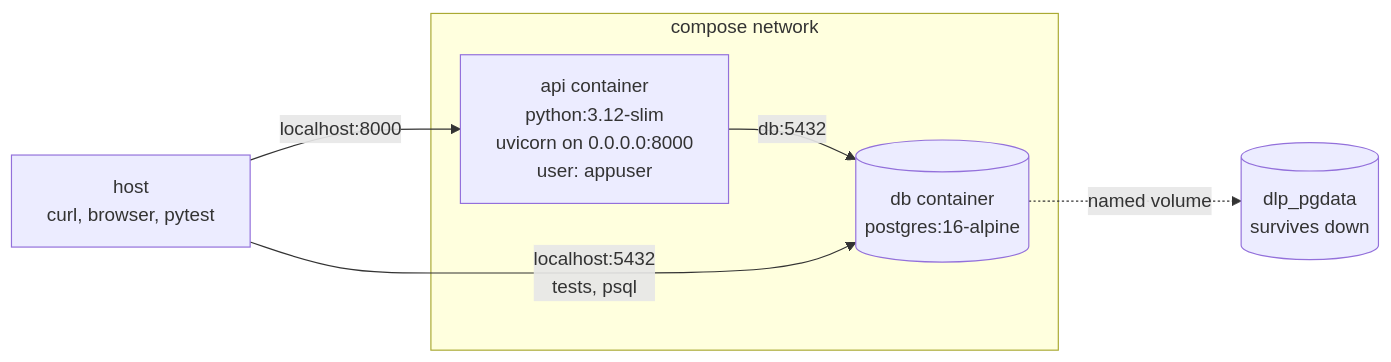
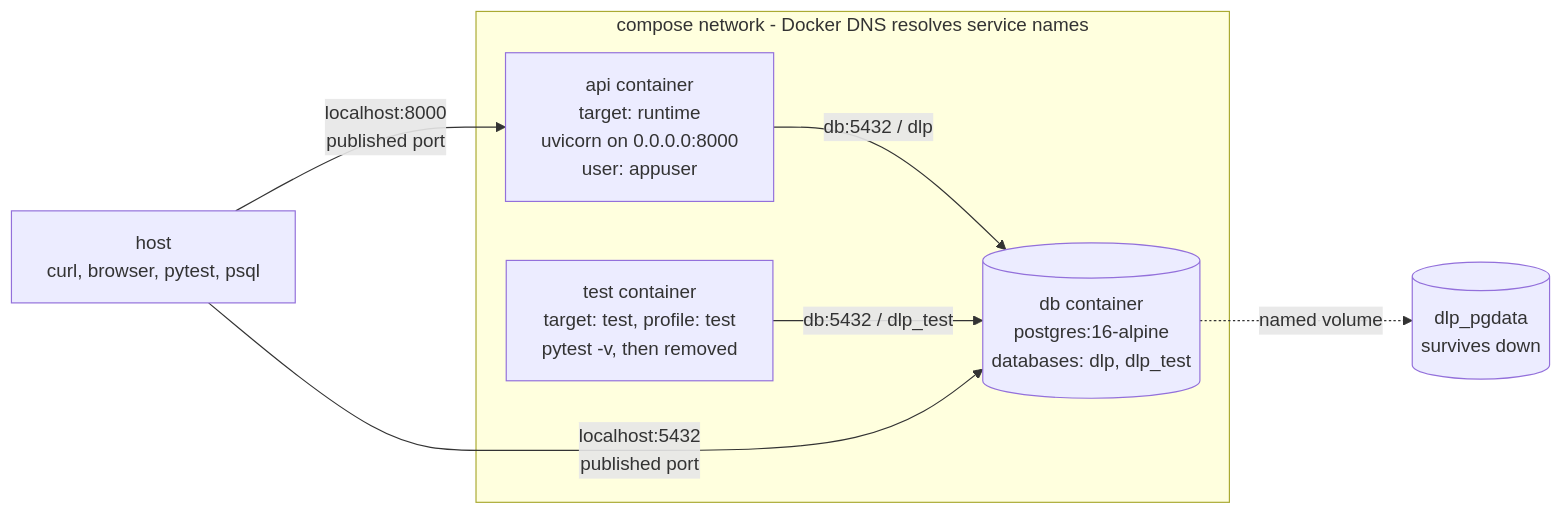
One commit to dolevol/data_leak_prevention changed diagram 19 of 19 in docs/ARCHITECTURE.md. Above: the diagram before and after it, drawn with Mermaid. The commit also changed other lines of this file and 18 other files, not shown here.

````diff
--- a/docs/ARCHITECTURE.md
+++ b/docs/ARCHITECTURE.md
@@ -770,12 +771,14 @@
 ```mermaid
 flowchart LR
-    Host["host<br/>curl, browser, pytest"]
-    subgraph Net ["compose network"]
-        API["api container<br/>python:3.12-slim<br/>uvicorn on 0.0.0.0:8000<br/>user: appuser"]
-        DB[("db container<br/>postgres:16-alpine")]
-        API -->|"db:5432"| DB
+    Host["host<br/>curl, browser, pytest, psql"]
+    subgraph Net ["compose network - Docker DNS resolves service names"]
+        API["api container<br/>target: runtime<br/>uvicorn on 0.0.0.0:8000<br/>user: appuser"]
+        TEST["test container<br/>target: test, profile: test<br/>pytest -v, then removed"]
+        DB[("db container<br/>postgres:16-alpine<br/>databases: dlp, dlp_test")]
+        API -->|"db:5432 / dlp"| DB
+        TEST -->|"db:5432 / dlp_test"| DB
     end
-    Host -->|"localhost:8000"| API
-    Host -->|"localhost:5432<br/>tests, psql"| DB
+    Host -->|"localhost:8000<br/>published port"| API
+    Host -->|"localhost:5432<br/>published port"| DB
     DB -.->|"named volume"| V[("dlp_pgdata<br/>survives down")]
 ```
````
